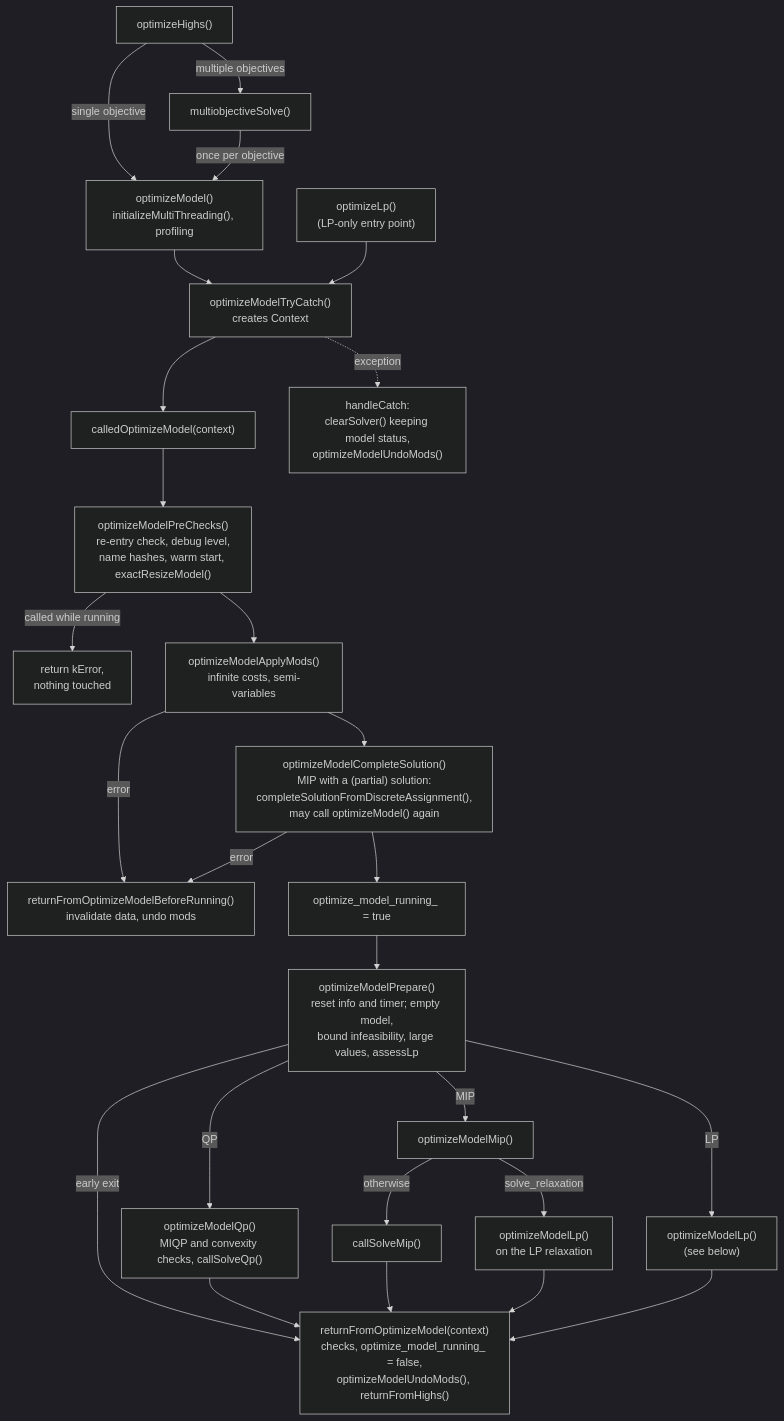
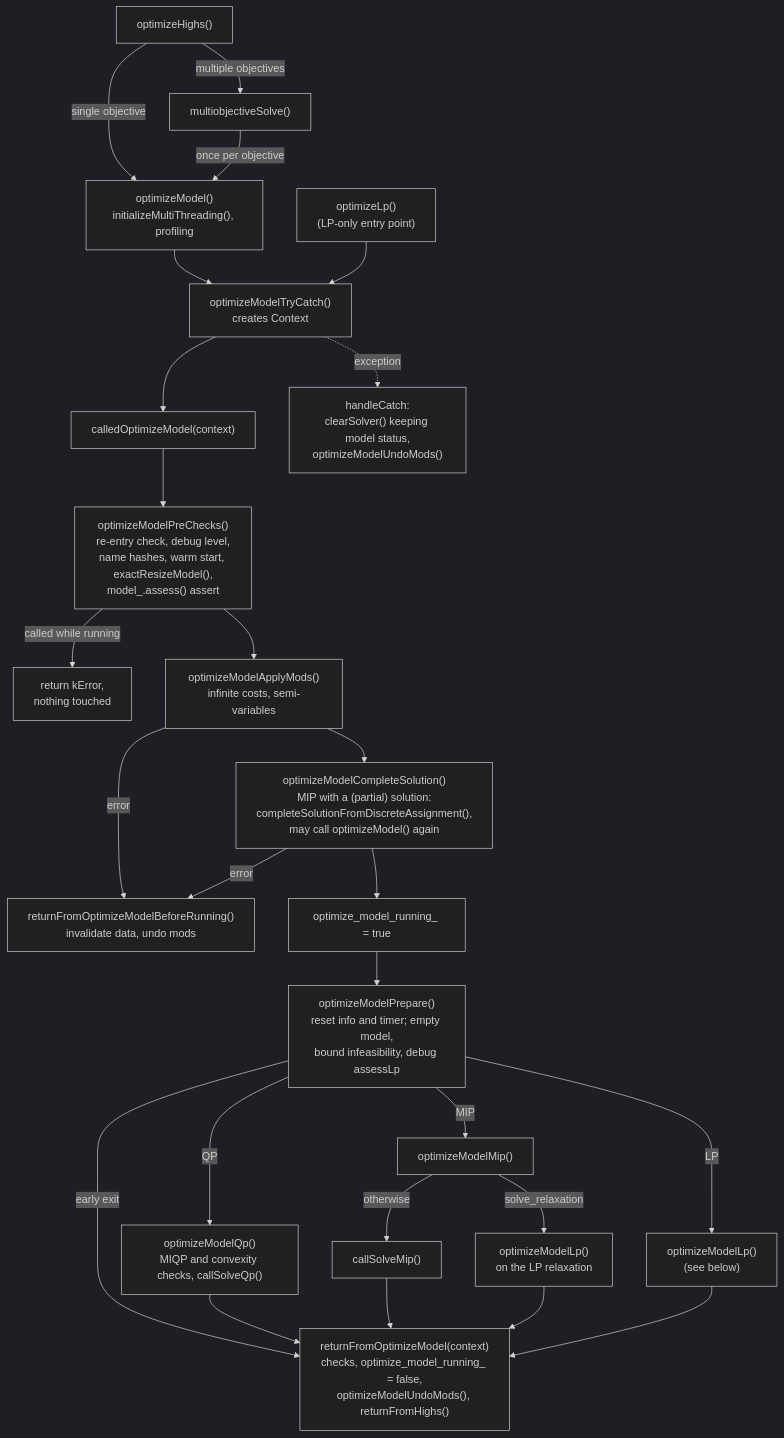
Before and after one commit to ERGO-Code/HiGHS: the second of 3 diagrams in highs/OptimizeModelRefactor.md, drawn with Mermaid (dark theme). The commit also changed other lines of this file, not shown here.

````diff
--- a/highs/OptimizeModelRefactor.md
+++ b/highs/OptimizeModelRefactor.md
@@ -70,32 +70,32 @@
 ```mermaid
 flowchart TD
     optimizeHighs["optimizeHighs()"] -->|multiple objectives| multi["multiobjectiveSolve()"]
     optimizeHighs -->|single objective| optimizeModel["optimizeModel()<br/>initializeMultiThreading(), profiling"]
     multi -->|once per objective| optimizeModel
 
     optimizeModel --> tryCatch["optimizeModelTryCatch()<br/>creates Context"]
     optimizeLp["optimizeLp()<br/>(LP-only entry point)"] --> tryCatch
     tryCatch --> called["calledOptimizeModel(context)"]
     tryCatch -.->|exception| catch["handleCatch:<br/>clearSolver() keeping model status,<br/>optimizeModelUndoMods()"]
 
-    called --> preChecks["optimizeModelPreChecks()<br/>re-entry check, debug level,<br/>name hashes, warm start, exactResizeModel()"]
+    called --> preChecks["optimizeModelPreChecks()<br/>re-entry check, debug level,<br/>name hashes, warm start, exactResizeModel(),<br/>model_.assess() assert"]
     preChecks -->|"called while running"| refuse["return kError,<br/>nothing touched"]
     preChecks --> applyMods["optimizeModelApplyMods()<br/>infinite costs, semi-variables"]
     applyMods --> complete["optimizeModelCompleteSolution()<br/>MIP with a (partial) solution:<br/>completeSolutionFromDiscreteAssignment(),<br/>may call optimizeModel() again"]
     applyMods -->|error| early["returnFromOptimizeModelBeforeRunning()<br/>invalidate data, undo mods"]
     complete -->|error| early
     complete --> running["optimize_model_running_ = true"]
-    running --> prepare["optimizeModelPrepare()<br/>reset info and timer; empty model,<br/>bound infeasibility, large values, assessLp"]
+    running --> prepare["optimizeModelPrepare()<br/>reset info and timer; empty model,<br/>bound infeasibility, debug assessLp"]
 
     prepare -->|QP| qp["optimizeModelQp()<br/>MIQP and convexity checks, callSolveQp()"]
     prepare -->|MIP| mip["optimizeModelMip()"]
     prepare -->|LP| lp["optimizeModelLp()<br/>(see below)"]
     mip -->|solve_relaxation| relax["optimizeModelLp()<br/>on the LP relaxation"]
     mip -->|otherwise| callMip["callSolveMip()"]
 
     prepare -->|early exit| returnFrom
     qp --> returnFrom["returnFromOptimizeModel(context)<br/>checks, optimize_model_running_ = false,<br/>optimizeModelUndoMods(), returnFromHighs()"]
     callMip --> returnFrom
     relax --> returnFrom
     lp --> returnFrom
 ```
````
